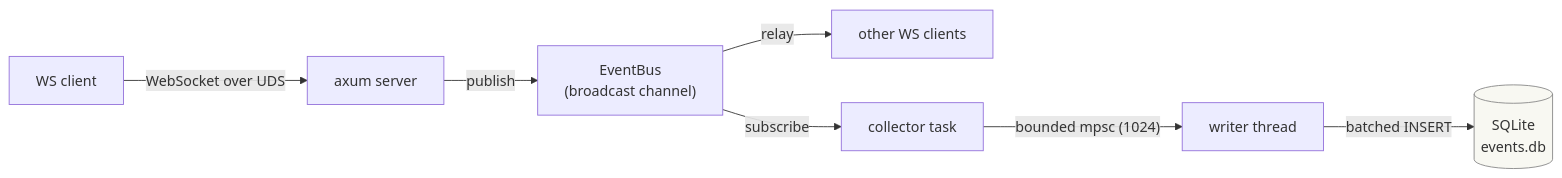
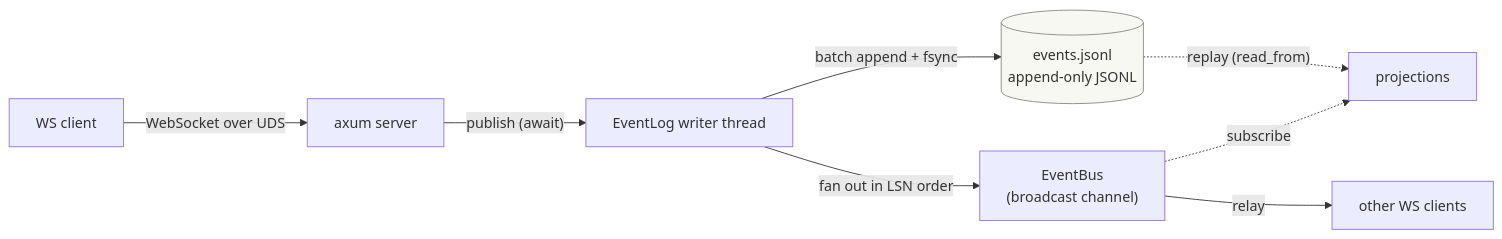
One commit to mokmok-dev/agent changed the first of 4 diagrams in docs/architecture.md. Above: the diagram before and after it, drawn with Mermaid. The commit also changed other lines of this file, not shown here.

First line of the commit message:
docs(architecture): describe the durable jsonl log model

````diff
--- a/docs/architecture.md
+++ b/docs/architecture.md
@@ -25,11 +28,12 @@
 ```mermaid
 flowchart LR
     P["WS client"] -- "WebSocket over UDS" --> S["axum server"]
-    S -- publish --> B["EventBus<br/>(broadcast channel)"]
+    S -- "publish (await)" --> L["EventLog writer thread"]
+    L -- "batch append + fsync" --> D[("events.jsonl<br/>append-only JSONL")]
+    L -- "fan out in LSN order" --> B["EventBus<br/>(broadcast channel)"]
     B -- relay --> C["other WS clients"]
-    B -- subscribe --> K["collector task"]
-    K -- "bounded mpsc (1024)" --> W["writer thread"]
-    W -- "batched INSERT" --> D[("SQLite<br/>events.db")]
+    D -. "replay (read_from)" .-> R["projections"]
+    B -. subscribe .-> R
 
     style D fill:#f8f8f2,stroke:#888
 ```
````
